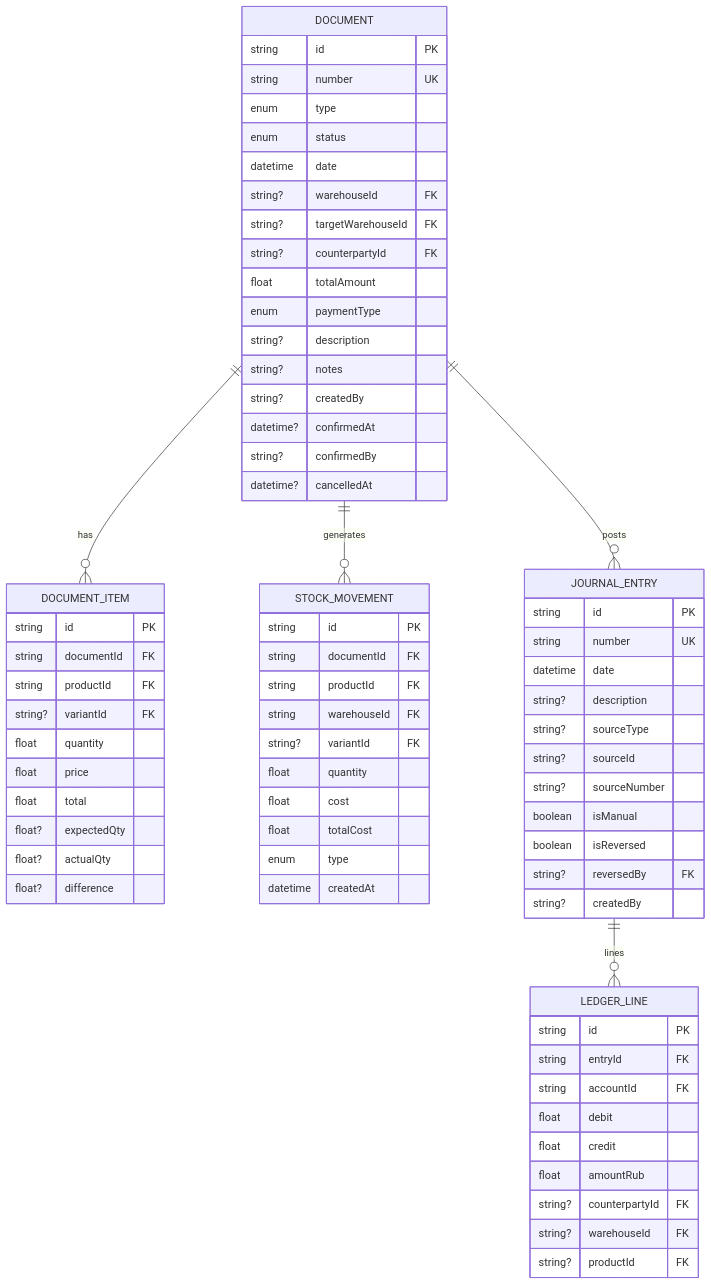
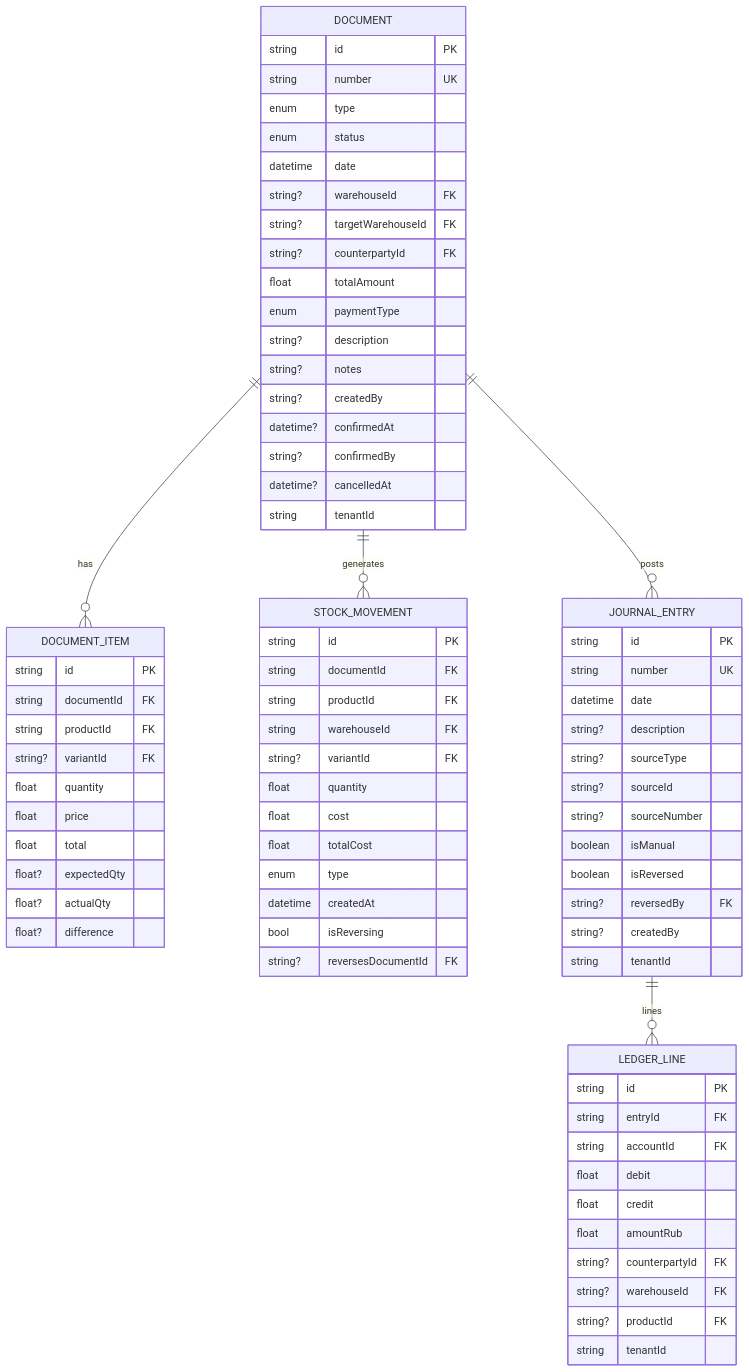
Before and after one commit to nzey11/erp-new: the seventh of 10 diagrams in .qoder/repowiki/en/content/Accounting Module/Document Management System.md, drawn with Mermaid. The commit also changed other lines of this file and 46 other files, not shown here.

````diff
--- a/.qoder/repowiki/en/content/Accounting Module/Document Management System.md
+++ b/.qoder/repowiki/en/content/Accounting Module/Document Management System.md
@@ -284,73 +361,78 @@
 ```mermaid
 erDiagram
 DOCUMENT {
 string id PK
 string number UK
 enum type
 enum status
 datetime date
 string? warehouseId FK
 string? targetWarehouseId FK
 string? counterpartyId FK
 float totalAmount
 enum paymentType
 string? description
 string? notes
 string? createdBy
 datetime? confirmedAt
 string? confirmedBy
 datetime? cancelledAt
+string tenantId
 }
 DOCUMENT_ITEM {
 string id PK
 string documentId FK
 string productId FK
 string? variantId FK
 float quantity
 float price
 float total
 float? expectedQty
 float? actualQty
 float? difference
 }
 STOCK_MOVEMENT {
 string id PK
 string documentId FK
 string productId FK
 string warehouseId FK
 string? variantId FK
 float quantity
 float cost
 float totalCost
 enum type
 datetime createdAt
+bool isReversing
+string? reversesDocumentId FK
 }
 JOURNAL_ENTRY {
 string id PK
 string number UK
 datetime date
 string? description
 string? sourceType
 string? sourceId
 string? sourceNumber
 boolean isManual
 boolean isReversed
 string? reversedBy FK
 string? createdBy
+string tenantId
 }
 LEDGER_LINE {
 string id PK
 string entryId FK
 string accountId FK
 float debit
 float credit
 float amountRub
 string? counterpartyId FK
 string? warehouseId FK
 string? productId FK
+string tenantId
 }
 DOCUMENT ||--o{ DOCUMENT_ITEM : "has"
 DOCUMENT ||--o{ STOCK_MOVEMENT : "generates"
 DOCUMENT ||--o{ JOURNAL_ENTRY : "posts"
 JOURNAL_ENTRY ||--o{ LEDGER_LINE : "lines"
 ```
````
